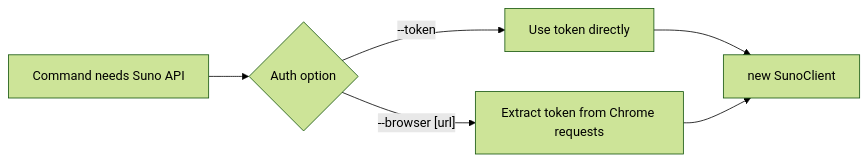
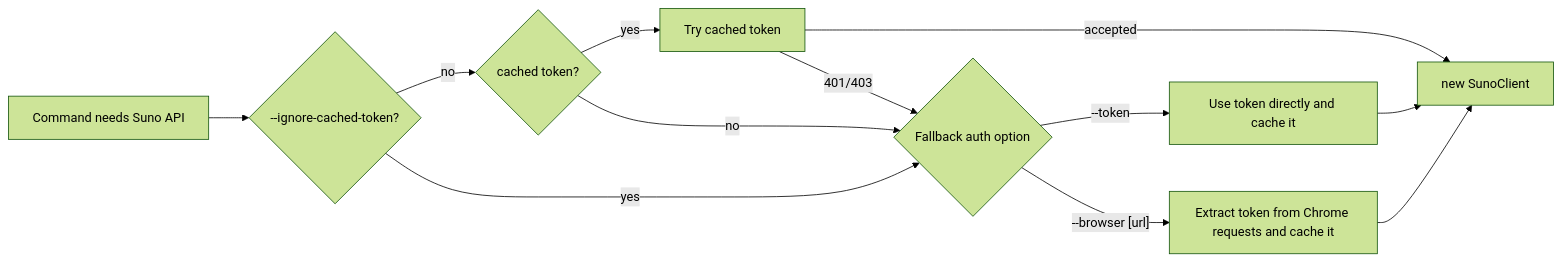
One commit to mikeygnyc/SunoLibrarian changed the second of 9 diagrams in docs/cli-program-flow.md. Above: the diagram before and after it, drawn with Mermaid (forest theme). The commit also changed other lines of this file and 11 other files, not shown here.

Commit message:
feat: implement token caching mechanism and add clear-auth-token command

````diff
--- a/docs/cli-program-flow.md
+++ b/docs/cli-program-flow.md
@@ -54,8 +58,14 @@
 ```mermaid
 flowchart LR
-  A["Command needs Suno API"] --> B{"Auth option"}
-  B -- "--token" --> C["Use token directly"]
-  B -- "--browser [url]" --> D["Extract token from Chrome requests"]
-  C --> E["new SunoClient"]
-  D --> E
+  A["Command needs Suno API"] --> B{"--ignore-cached-token?"}
+  B -- "no" --> C{"cached token?"}
+  C -- "yes" --> D["Try cached token"]
+  D -- "accepted" --> E["new SunoClient"]
+  D -- "401/403" --> F{"Fallback auth option"}
+  C -- "no" --> F
+  B -- "yes" --> F
+  F -- "--token" --> G["Use token directly and cache it"]
+  F -- "--browser [url]" --> H["Extract token from Chrome requests and cache it"]
+  G --> E
+  H --> E
 ```
````
